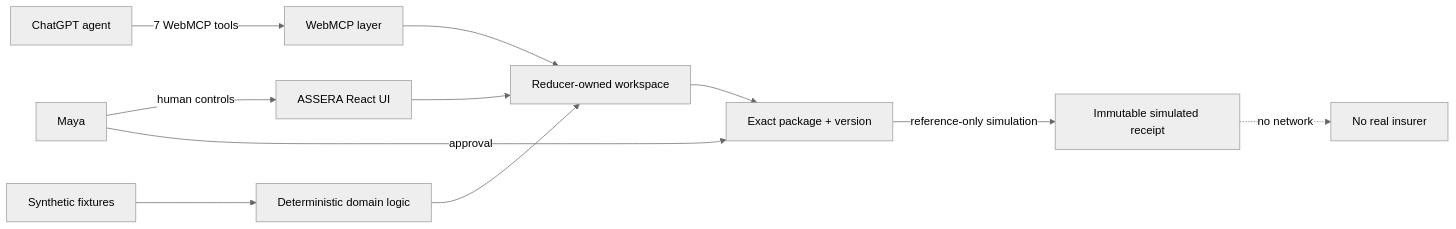
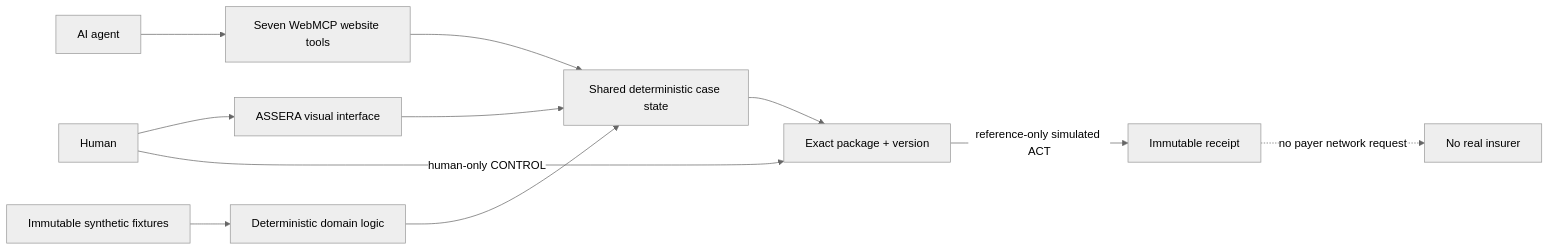
The diagram in README.md (iampenuel/assera), drawn with Mermaid (neutral theme) before and after one commit. The commit also changed other lines of this file and 20 other files, not shown here.

````diff
--- a/README.md
+++ b/README.md
@@ -76,13 +97,13 @@
 ```mermaid
 flowchart LR
-  Maya -->|human controls| UI[ASSERA React UI]
-  Agent[ChatGPT agent] -->|7 WebMCP tools| WM[WebMCP layer]
-  UI --> State[Reducer-owned workspace]
-  WM --> State
-  Fixtures[Synthetic fixtures] --> Domain[Deterministic domain logic]
-  Domain --> State
-  State --> Package[Exact package + version]
-  Maya -->|approval| Package
-  Package -->|reference-only simulation| Receipt[Immutable simulated receipt]
-  Receipt -. no network .-> NoPayer[No real insurer]
+  H[Human] --> UI[ASSERA visual interface]
+  A[AI agent] --> WM[Seven WebMCP website tools]
+  UI --> S[Shared deterministic case state]
+  WM --> S
+  F[Immutable synthetic fixtures] --> D[Deterministic domain logic]
+  D --> S
+  S --> P[Exact package + version]
+  H -->|human-only CONTROL| P
+  P -->|reference-only simulated ACT| R[Immutable receipt]
+  R -. no payer network request .-> N[No real insurer]
 ```
````
